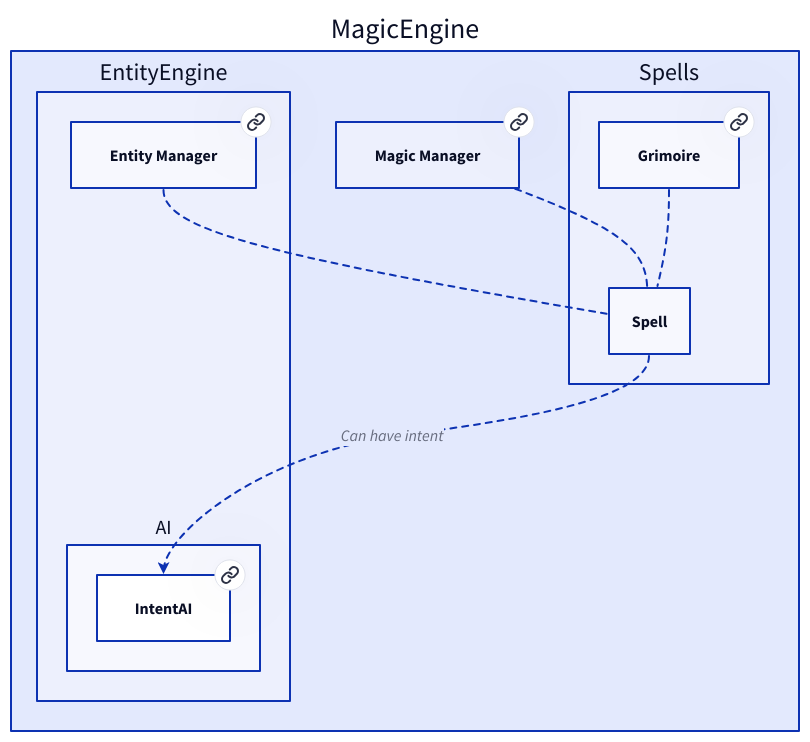
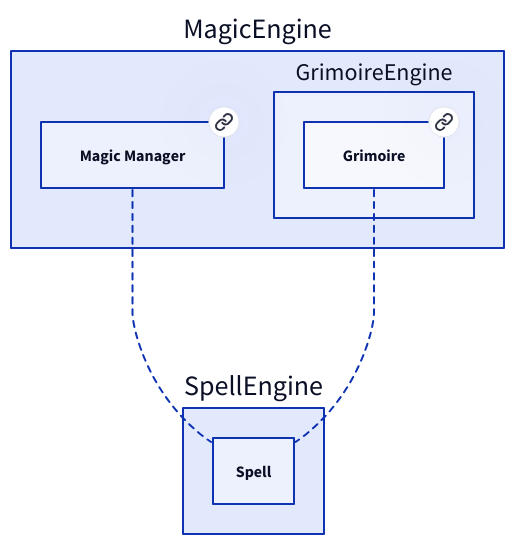
Before and after one commit to Portevent/Brume-Documentation: the diagram in doc/graphs/d2/Spell.d2, drawn with D2. The commit also changed 226 other files, not shown here.

```diff
--- a/doc/graphs/d2/Spell.d2
+++ b/doc/graphs/d2/Spell.d2
@@ -1,30 +1,15 @@
 # Nodes :
 MagicEngine: {
-    EntityEngine: {
-        AI: {
-            IntentAI: IntentAI {
-               link: IntentAI
-            }
-        }
-        EntityManager: Entity Manager {
-           link: EntityManager
-        }
-    }
     MagicManager: Magic Manager {
        link: MagicManager
     }
-    Spells: {
+    GrimoireEngine: {
         Grimoire: Grimoire {
            link: Grimoire
         }
     }
 }
 
 # Links :
-MagicEngine.MagicManager -- MagicEngine.Spells.Spell: {style.stroke-dash: 3}
-MagicEngine.Spells.Grimoire -- MagicEngine.Spells.Spell: {style.stroke-dash: 3}
-MagicEngine.EntityEngine.EntityManager -- MagicEngine.Spells.Spell: {style.stroke-dash: 3}
-MagicEngine.Spells.Spell -> MagicEngine.EntityEngine.AI.IntentAI: Can have intent {style.stroke-dash: 3
-source-arrowhead: {}
-target-arrowhead: {shape: arrow}
-}
+MagicEngine.MagicManager -- SpellEngine.Spell: {style.stroke-dash: 3}
+MagicEngine.GrimoireEngine.Grimoire -- SpellEngine.Spell: {style.stroke-dash: 3}
```
